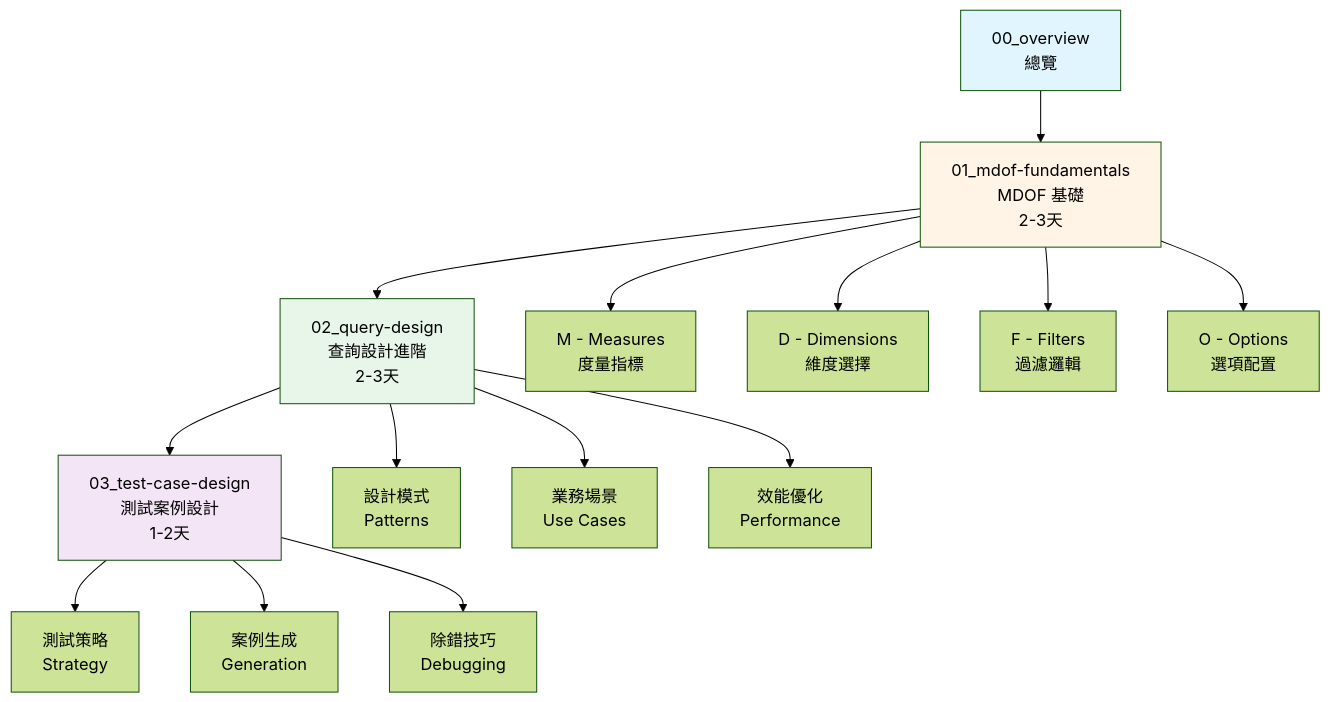
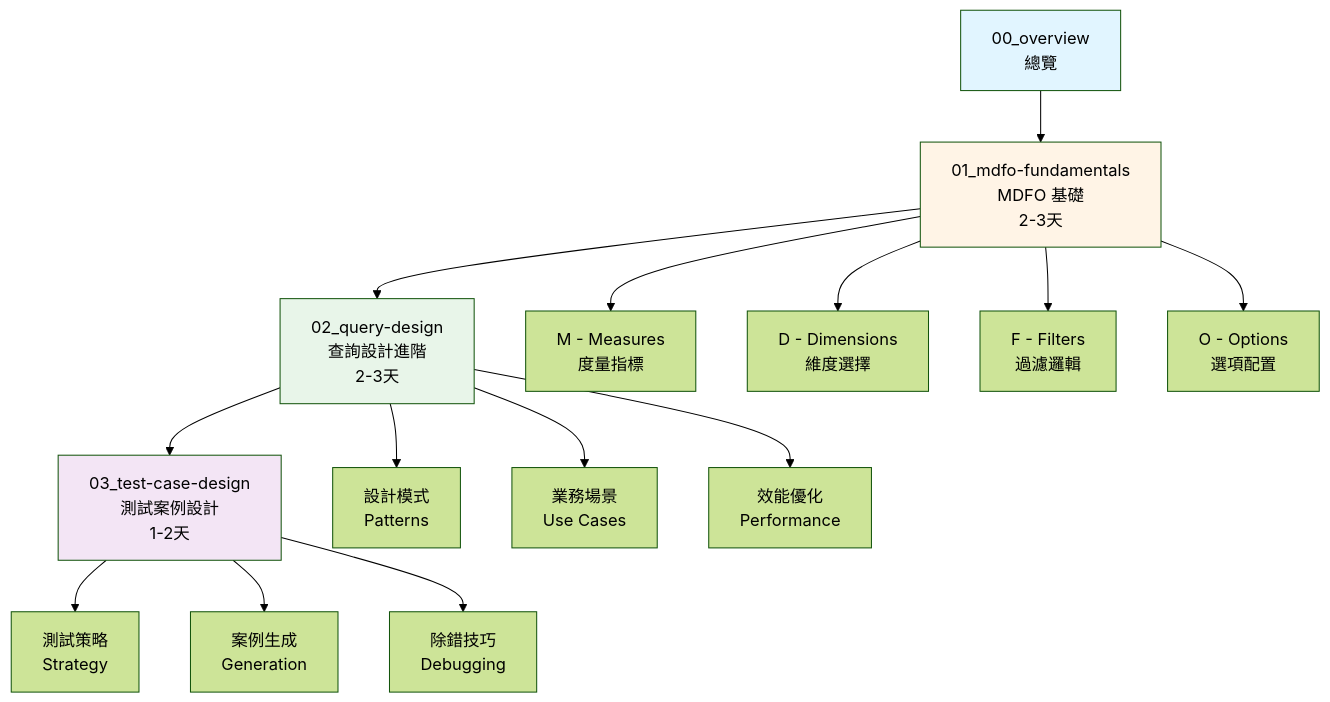
Before and after one commit to mapleelpam/LuminNexus-LearningMap: the first of 5 diagrams in projects/prismavision/smart-insight-engine/00_overview.md, drawn with Mermaid (forest theme). The commit also changed other lines of this file and 18 other files, not shown here.

First line of the commit message:
chore: MDOF → MDFO 全 repo 正名

````diff
--- a/projects/prismavision/smart-insight-engine/00_overview.md
+++ b/projects/prismavision/smart-insight-engine/00_overview.md
@@ -42,24 +42,24 @@
 ```mermaid
 graph TB
-    A[00_overview<br/>總覽] --> B[01_mdof-fundamentals<br/>MDOF 基礎<br/>2-3天]
+    A[00_overview<br/>總覽] --> B[01_mdfo-fundamentals<br/>MDFO 基礎<br/>2-3天]
     B --> C[02_query-design<br/>查詢設計進階<br/>2-3天]
     C --> D[03_test-case-design<br/>測試案例設計<br/>1-2天]
 
     B --> B1[M - Measures<br/>度量指標]
     B --> B2[D - Dimensions<br/>維度選擇]
     B --> B3[F - Filters<br/>過濾邏輯]
     B --> B4[O - Options<br/>選項配置]
 
     C --> C1[設計模式<br/>Patterns]
     C --> C2[業務場景<br/>Use Cases]
     C --> C3[效能優化<br/>Performance]
 
     D --> D1[測試策略<br/>Strategy]
     D --> D2[案例生成<br/>Generation]
     D --> D3[除錯技巧<br/>Debugging]
 
     style A fill:#e1f5ff
     style B fill:#fff4e6
     style C fill:#e8f5e9
     style D fill:#f3e5f5
 ```
````
